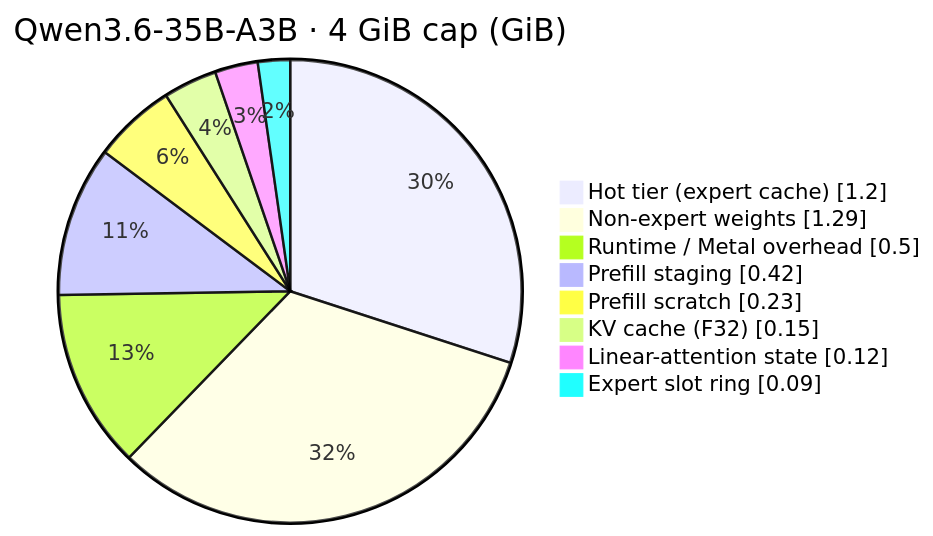
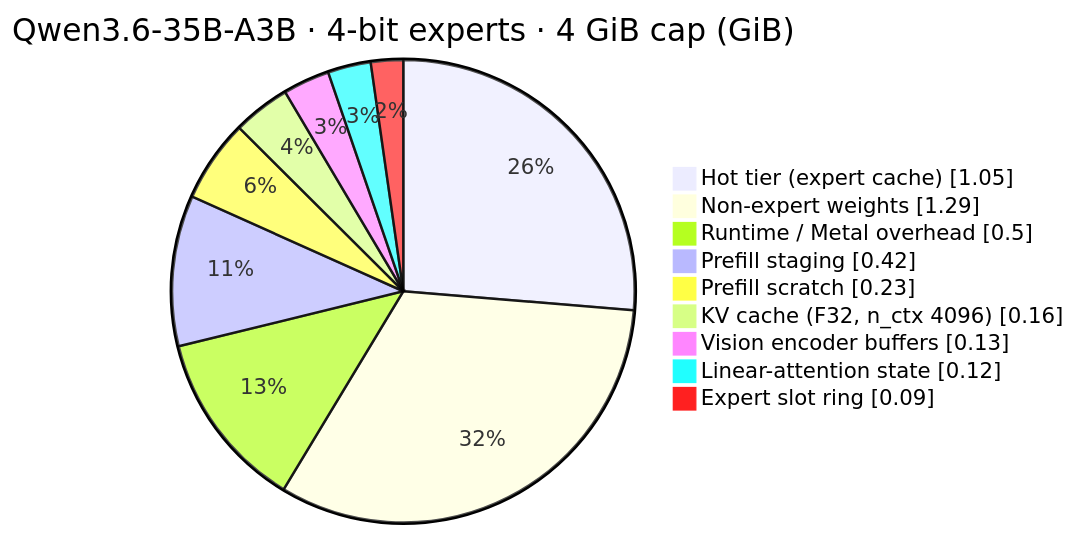
Before and after one commit to transybao1393/streamoe: the first of 8 diagrams in README.md, drawn with Mermaid. The commit also changed other lines of this file and 1 other file, not shown here.

First line of the commit message:
docs: README numbers from one test setup; data-flow diagram

````diff
--- a/README.md
+++ b/README.md
@@ -174,12 +119,13 @@
 ```mermaid
 pie showData
-    title Qwen3.6-35B-A3B · 4 GiB cap (GiB)
-    "Hot tier (expert cache)" : 1.20
+    title Qwen3.6-35B-A3B · 4-bit experts · 4 GiB cap (GiB)
+    "Hot tier (expert cache)" : 1.05
     "Non-expert weights" : 1.29
     "Runtime / Metal overhead" : 0.50
     "Prefill staging" : 0.42
     "Prefill scratch" : 0.23
-    "KV cache (F32)" : 0.15
+    "KV cache (F32, n_ctx 4096)" : 0.16
+    "Vision encoder buffers" : 0.13
     "Linear-attention state" : 0.12
     "Expert slot ring" : 0.09
 ```
````
